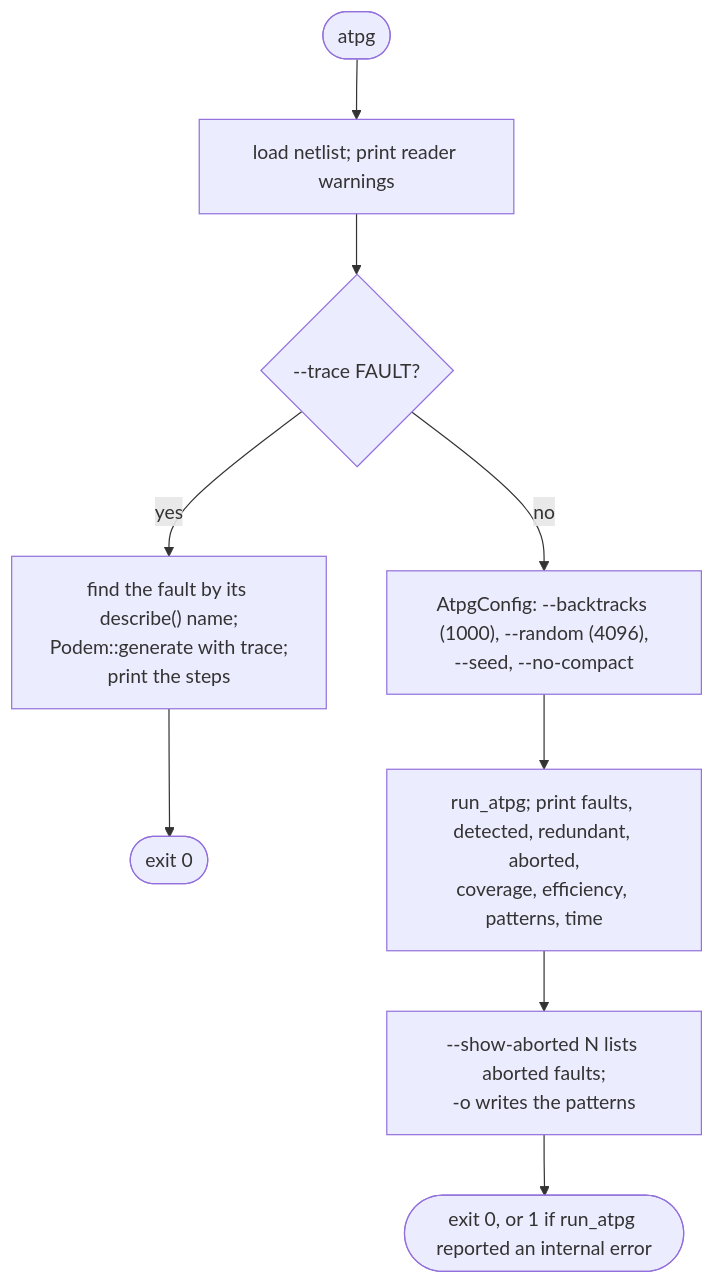
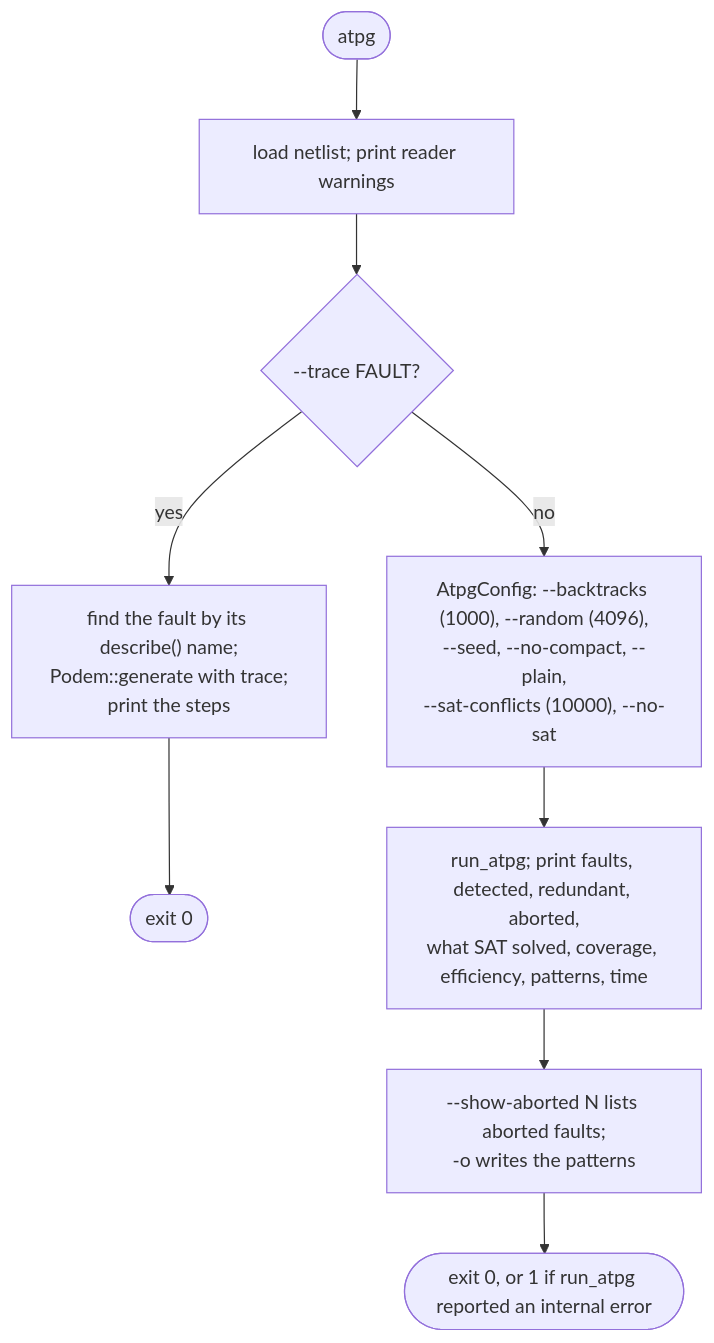
The sixth of 6 diagrams in docs/modules/cli.md (rithlean/rithereal), drawn with Mermaid before and after one commit. The commit also changed 11 other files, not shown here.

First line of the commit message:
Phase 4 step 3: SAT fallback for faults PODEM aborts

````diff
--- a/docs/modules/cli.md
+++ b/docs/modules/cli.md
@@ -114,10 +114,10 @@
 ```mermaid
 flowchart TD
   A(["atpg"]) --> B["load netlist; print reader warnings"]
   B --> C{"--trace FAULT?"}
   C -->|yes| D["find the fault by its describe() name;<br/>Podem::generate with trace;<br/>print the steps"] --> Z0(["exit 0"])
-  C -->|no| E["AtpgConfig: --backtracks (1000), --random (4096),<br/>--seed, --no-compact"]
-  E --> F["run_atpg; print faults, detected, redundant, aborted,<br/>coverage, efficiency, patterns, time"]
+  C -->|no| E["AtpgConfig: --backtracks (1000), --random (4096),<br/>--seed, --no-compact, --plain,<br/>--sat-conflicts (10000), --no-sat"]
+  E --> F["run_atpg; print faults, detected, redundant, aborted,<br/>what SAT solved, coverage, efficiency, patterns, time"]
   F --> G["--show-aborted N lists aborted faults;<br/>-o writes the patterns"]
   G --> Z(["exit 0, or 1 if run_atpg reported an internal error"])
 ```
````
